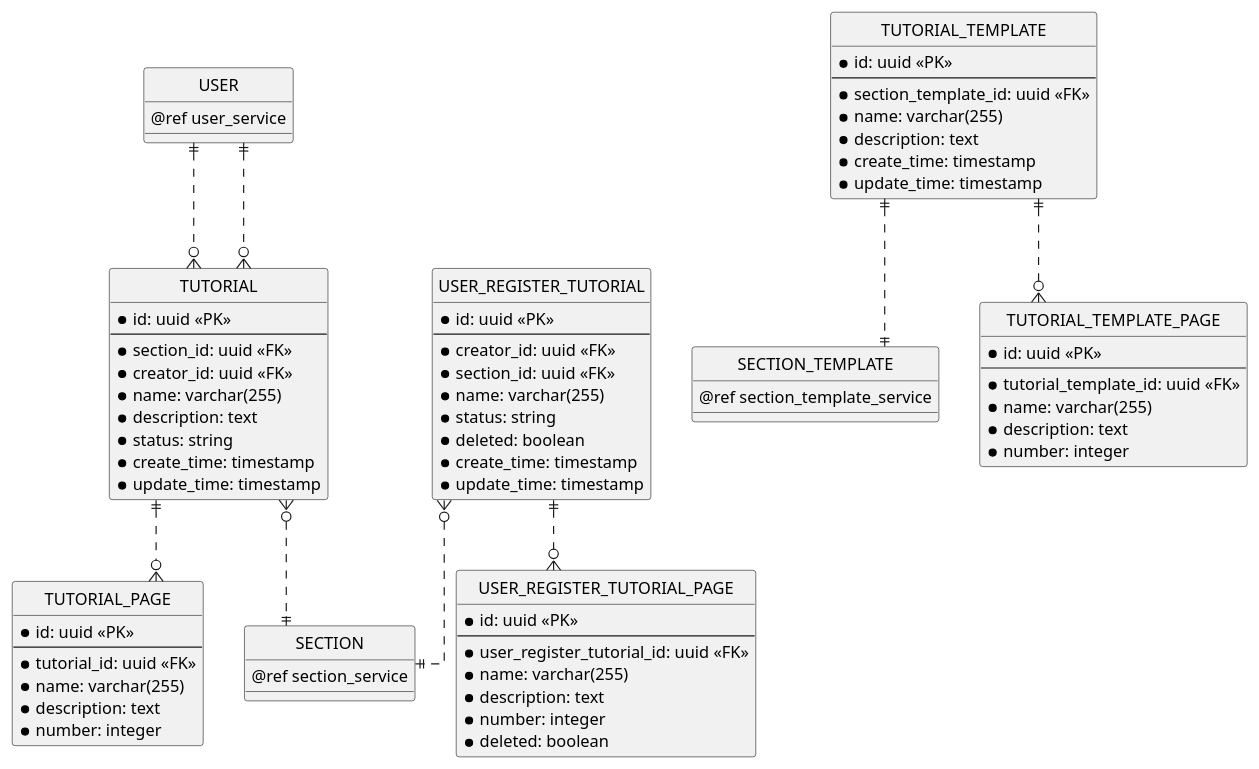
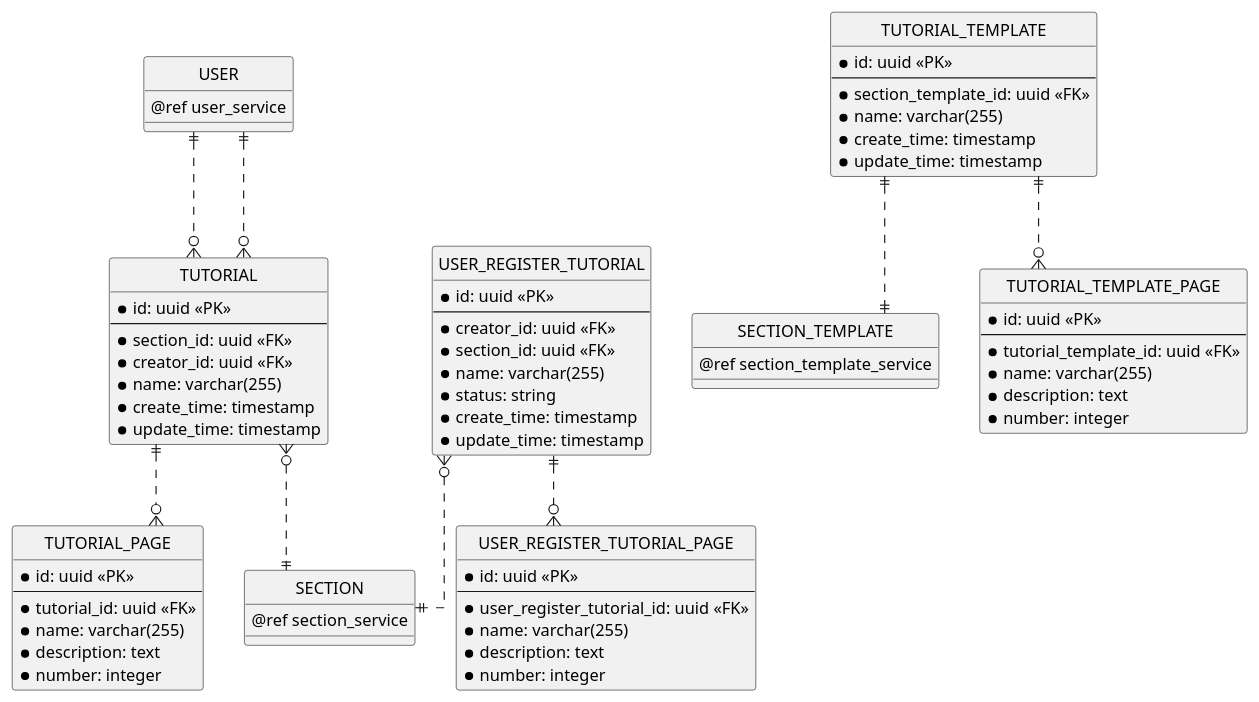
Before and after one commit to chungnguyenbkcse/ERD-USECASE-KIDSDRAWING: the tenth of 12 diagrams in erd.md, drawn with PlantUML. The commit also changed other lines of this file and 4 other files, not shown here.

```diff
--- a/erd.md
+++ b/erd.md
@@ -577,8 +575,6 @@
     * section_id: uuid <<FK>>
     * creator_id: uuid <<FK>>
     * name: varchar(255)
-    * description: text
-    * status: string
     * create_time: timestamp
     * update_time: timestamp
 }
@@ -590,7 +586,6 @@
     * section_id: uuid <<FK>>
     * name: varchar(255)
     * status: string
-    * deleted: boolean
     * create_time: timestamp
     * update_time: timestamp
 }
@@ -603,7 +598,6 @@
     * name: varchar(255)
     * description: text
     * number: integer
-    * deleted: boolean
 }
 
 entity "TUTORIAL_TEMPLATE" as tutorial_template {
@@ -611,7 +605,6 @@
     --
     * section_template_id: uuid <<FK>>
     * name: varchar(255)
-    * description: text
     * create_time: timestamp
     * update_time: timestamp
 }
```
